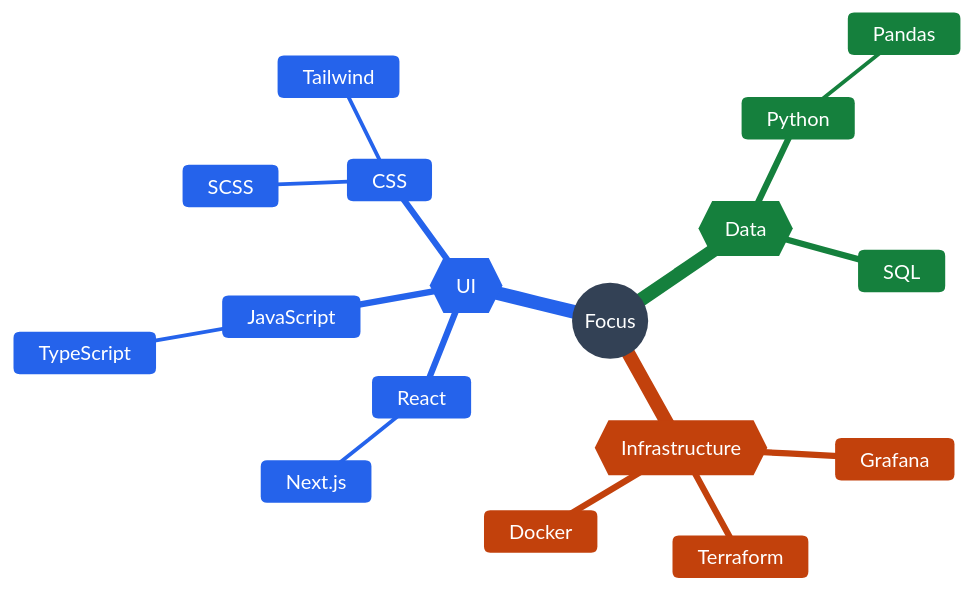
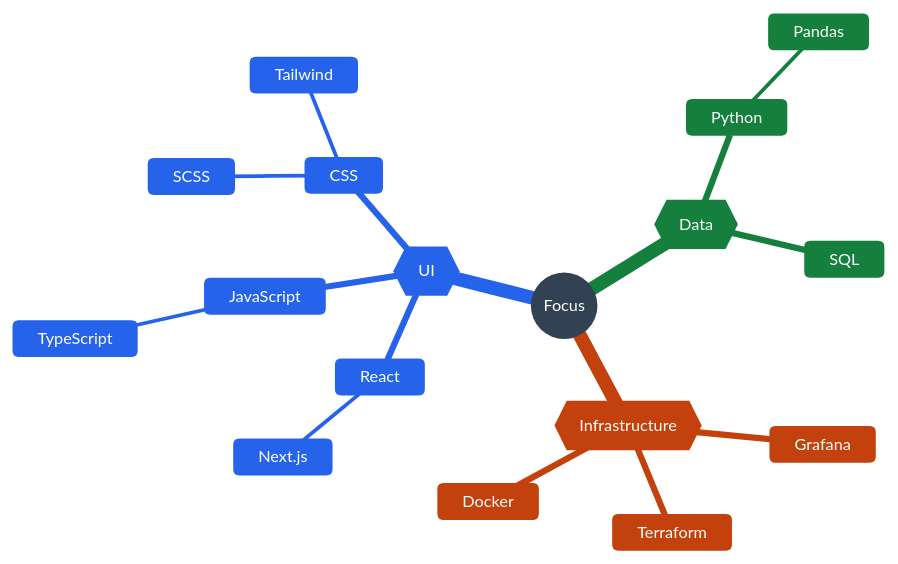
Before and after one commit to geoffrey-tan/geoffrey-tan: the diagram in README.md, drawn with Mermaid.

````diff
--- a/README.md
+++ b/README.md
@@ -12,21 +12,21 @@
 ```mermaid
-%%{init: {"theme": "base", "themeVariables": {"git0": "#334155", "gitBranchLabel0": "#ffffff", "cScale0": "#334155", "cScale1": "#2563eb", "cScale2": "#15803d", "cScale3": "#c2410c", "cScaleLabel0": "#ffffff", "cScaleLabel1": "#ffffff", "cScaleLabel2": "#ffffff", "cScaleLabel3": "#ffffff"}}}%%
+%%{init: {"theme": "base", "themeVariables": {"fontSize": "13px", "git0": "#334155", "gitBranchLabel0": "#ffffff", "cScale0": "#334155", "cScale1": "#2563eb", "cScale2": "#15803d", "cScale3": "#c2410c", "cScaleLabel0": "#ffffff", "cScaleLabel1": "#ffffff", "cScaleLabel2": "#ffffff", "cScaleLabel3": "#ffffff"}}}%%
 mindmap
   root((Focus))
     ui{{UI}}
       React
         Next.js
       JavaScript
         TypeScript
       CSS
         SCSS
         Tailwind
     data{{Data}}
       Python
         Pandas
       SQL
     infra{{Infrastructure}}
       Grafana
       Terraform
       Docker
 ```
````
